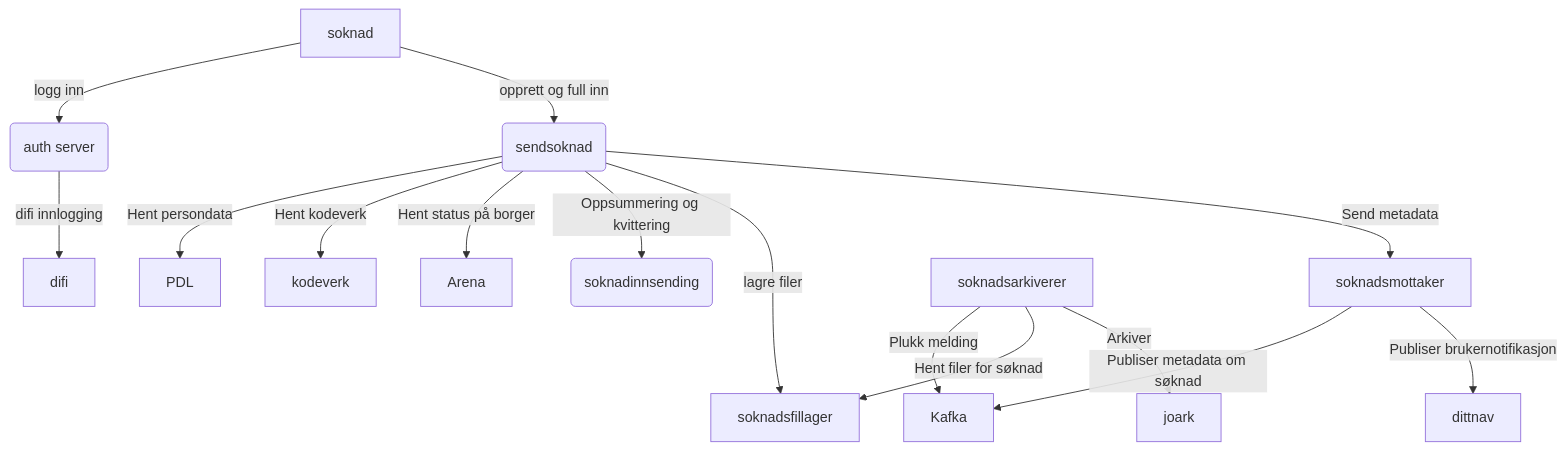
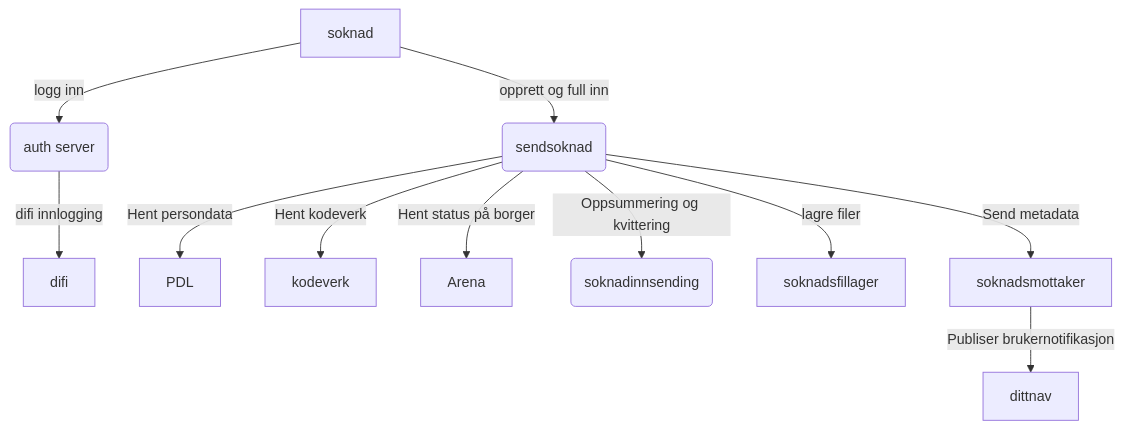
Before and after one commit to navikt/sendsoknad-boot: the first of 4 diagrams in docs/Soknadsavhengigheter.md, drawn with Mermaid. The commit also changed other lines of this file, not shown here.

Commit message:
Lagt til mer detaljerte diagrammer

````diff
--- a/docs/Soknadsavhengigheter.md
+++ b/docs/Soknadsavhengigheter.md
@@ -6,17 +6,13 @@
 ```mermaid
 graph TD
-    A[soknad] -->|logg inn| B(auth server)
+       A[soknad] -->|logg inn| B(auth server)
     A --> |opprett og full inn| C(sendsoknad)
     B --> |difi innlogging| D[difi]
     C -->|Hent persondata| E[PDL]
     C -->|Hent kodeverk| F[kodeverk]
     C -->|Hent status på borger| G[Arena]
     C -->|Oppsummering og kvittering| H(soknadinnsending)
     C -->|lagre filer| I[soknadsfillager]
     C -->|Send metadata| J[soknadsmottaker]
-    J -->|Publiser metadata om søknad| K[Kafka]
-    J -->|Publiser brukernotifikasjon| M[dittnav]
-    L[soknadsarkiverer] -->|Plukk melding| K
-    L -->|Hent filer for søknad| I
-    L -->|Arkiver| N[joark]  
+    J -->|Publiser brukernotifikasjon| M[dittnav]    
 ```
````
